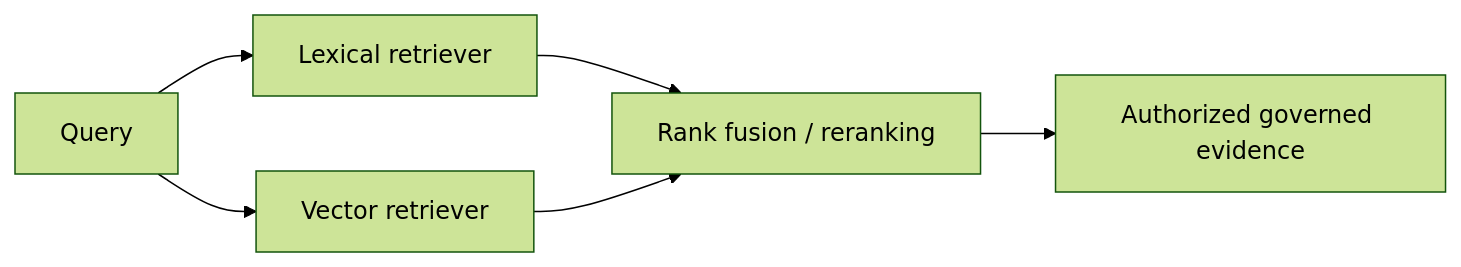
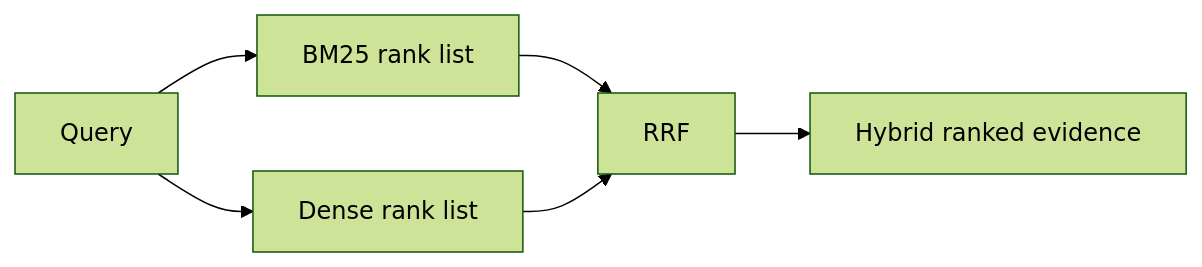
Before and after one commit to kumarchandansingh/tropos: the third of 4 diagrams in docs/architecture/RAG_ARCHITECTURE.md, drawn with Mermaid (forest theme). The commit also changed other lines of this file and 16 other files, not shown here.

First line of the commit message:
docs: reconcile Tropos product architecture and decision history (#69)

````diff
--- a/docs/architecture/RAG_ARCHITECTURE.md
+++ b/docs/architecture/RAG_ARCHITECTURE.md
@@ -105,9 +124,9 @@
 ```mermaid
 flowchart LR
-    Q[Query]
-    --> L[Lexical retriever]
-    Q --> V[Vector retriever]
-    L --> F[Rank fusion / reranking]
-    V --> F
-    F --> A[Authorized governed evidence]
+    Query[Query]
+    --> BM25[BM25 rank list]
+    Query --> Dense[Dense rank list]
+    BM25 --> RRF[RRF]
+    Dense --> RRF
+    RRF --> Hybrid[Hybrid ranked evidence]
 ```
````
